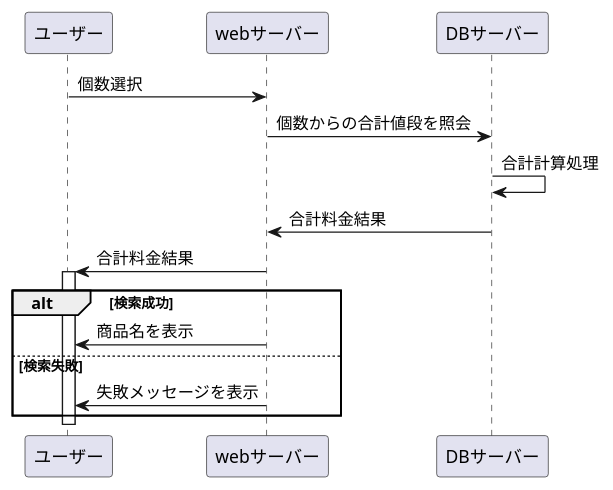
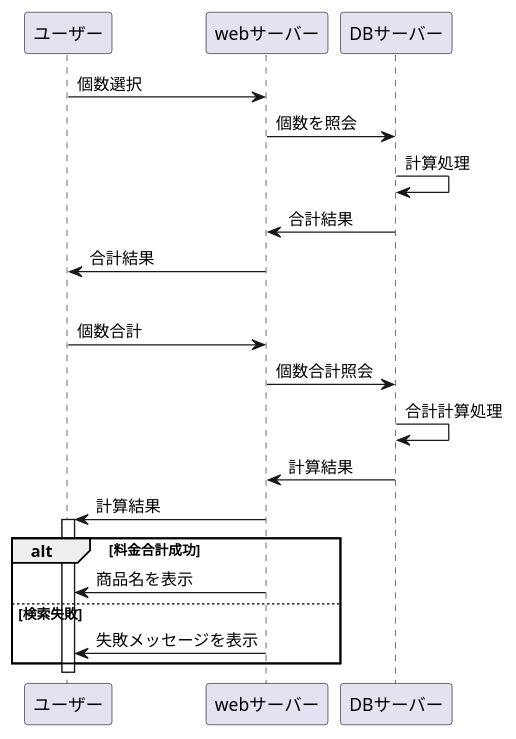
Before and after one commit to Aso2001397/2021sys-design: the third of 3 diagrams in 2001397.md, drawn with PlantUML. The commit also changed other lines of this file, not shown here.

````diff
--- a/2001397.md
+++ b/2001397.md
@@ -42,19 +42,27 @@
 ```uml
 @startuml 
 ユーザー -> webサーバー : 個数選択
-webサーバー -> DBサーバー : 個数からの合計値段を照会
+webサーバー -> DBサーバー : 個数を照会
+DBサーバー -> DBサーバー : 計算処理
+DBサーバー -> webサーバー : 合計結果
+webサーバー -> ユーザー : 合計結果
+
+opt 合計計算
+ユーザー -> webサーバー : 個数合計
+webサーバー -> DBサーバー : 個数合計照会
 DBサーバー -> DBサーバー : 合計計算処理
-DBサーバー -> webサーバー : 合計料金結果
-webサーバー -> ユーザー : 合計料金結果
+DBサーバー -> webサーバー : 計算結果
+webサーバー -> ユーザー : 計算結果
+
 
 activate ユーザー
 
-alt 検索成功
+alt 料金合計成功
 webサーバー -> ユーザー : 商品名を表示
 else 検索失敗
 webサーバー -> ユーザー : 失敗メッセージを表示
 end
 
 deactivate ユーザー
 @enduml
 ```
````
